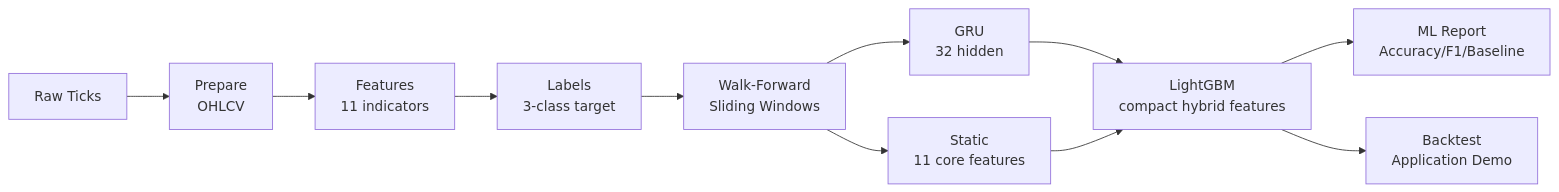
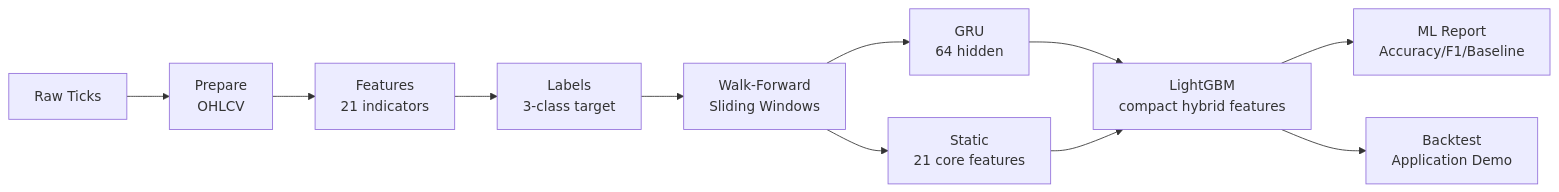
The first of 2 diagrams in README.md (ultimateBroK/thesis-lgbm), drawn with Mermaid before and after one commit. The commit also changed other lines of this file and 16 other files, not shown here.

First line of the commit message:
feat: enhance configuration and pipeline for improved validation and model architecture

````diff
--- a/README.md
+++ b/README.md
@@ -56,13 +57,13 @@
 ```mermaid
 flowchart LR
     A["Raw Ticks"] --> B["Prepare<br/>OHLCV"]
-    B --> C["Features<br/>11 indicators"]
+    B -->     C["Features<br/>21 indicators"]
     C --> D["Labels<br/>3-class target"]
     D --> E["Walk-Forward<br/>Sliding Windows"]
-    E --> F["GRU<br/>32 hidden"]
-    E --> G["Static<br/>11 core features"]
+    E --> F["GRU<br/>64 hidden"]
+    E --> G["Static<br/>21 core features"]
     F --> H["LightGBM<br/>compact hybrid features"]
     G --> H
     H --> I["ML Report<br/>Accuracy/F1/Baseline"]
     H --> J["Backtest<br/>Application Demo"]
 ```
````
